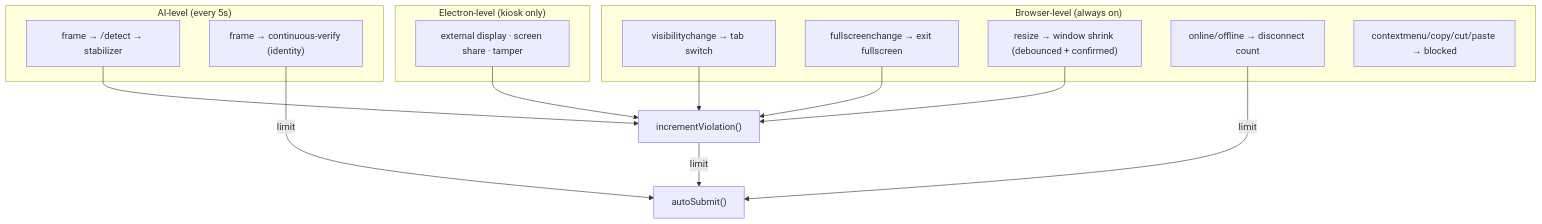
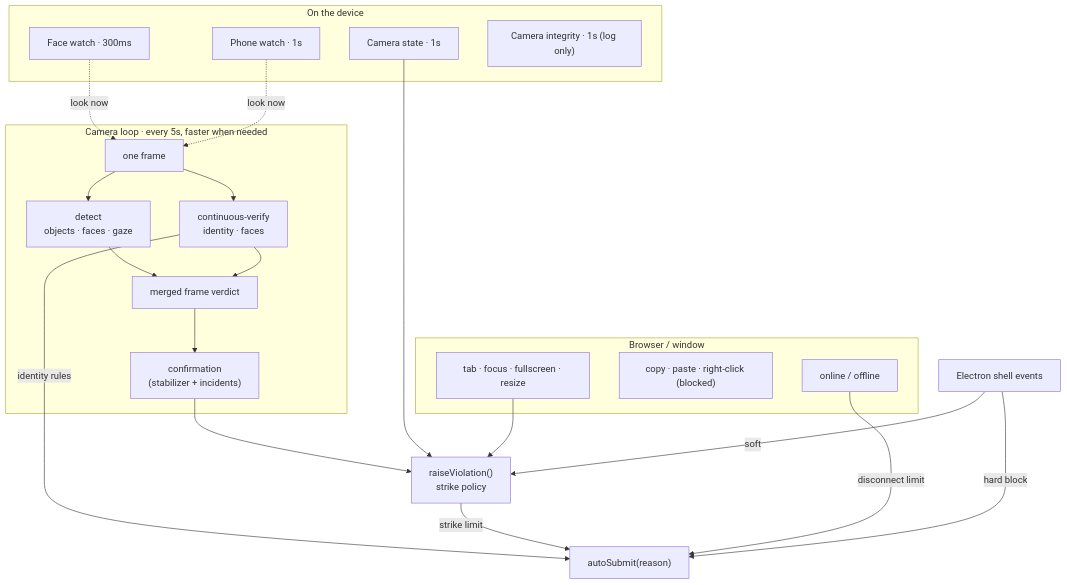
One commit to stepupmark/letshyre-interview changed the third of 3 diagrams in README.md. Above: the diagram before and after it, drawn with Mermaid. The commit also changed other lines of this file, not shown here.

````diff
--- a/README.md
+++ b/README.md
@@ -208,21 +219,31 @@
 ```mermaid
 flowchart TB
-    subgraph Browser["Browser-level (always on)"]
-        VIS["visibilitychange → tab switch"]
-        FS["fullscreenchange → exit fullscreen"]
-        RS["resize → window shrink (debounced + confirmed)"]
-        NET["online/offline → disconnect count"]
-        IN["contextmenu/copy/cut/paste → blocked"]
+    subgraph Device["On the device"]
+        LF["Face watch · 300ms"]
+        LO["Phone watch · 1s"]
+        CAM["Camera state · 1s"]
+        CI["Camera integrity · 1s (log only)"]
     end
-    subgraph AI["AI-level (every 5s)"]
-        CVD["frame → /detect → stabilizer"]
-        FACE["frame → continuous-verify (identity)"]
+    subgraph Loop["Camera loop · every 5s, faster when needed"]
+        F["one frame"] --> DET["detect<br/>objects · faces · gaze"]
+        F --> VER["continuous-verify<br/>identity · faces"]
+        DET & VER --> MERGE["merged frame verdict"]
+        MERGE --> STAB["confirmation<br/>(stabilizer + incidents)"]
     end
-    subgraph OS["Electron-level (kiosk only)"]
-        EV["external display · screen share · tamper"]
+    subgraph Page["Browser / window"]
+        WIN["tab · focus · fullscreen · resize"]
+        IN["copy · paste · right-click (blocked)"]
+        NET["online / offline"]
     end
-    VIS & FS & RS & EV & CVD --> INC["incrementViolation()"]
-    INC -->|"limit"| SUB["autoSubmit()"]
-    NET -->|"limit"| SUB
-    FACE -->|"limit"| SUB
+    EL["Electron shell events"]
+
+    LF & LO -.->|"look now"| F
+    STAB --> RV["raiseViolation()<br/>strike policy"]
+    CAM --> RV
+    WIN --> RV
+    EL -->|soft| RV
+    VER -->|"identity rules"| SUB["autoSubmit(reason)"]
+    RV -->|"strike limit"| SUB
+    NET -->|"disconnect limit"| SUB
+    EL -->|"hard block"| SUB
 ```
````
